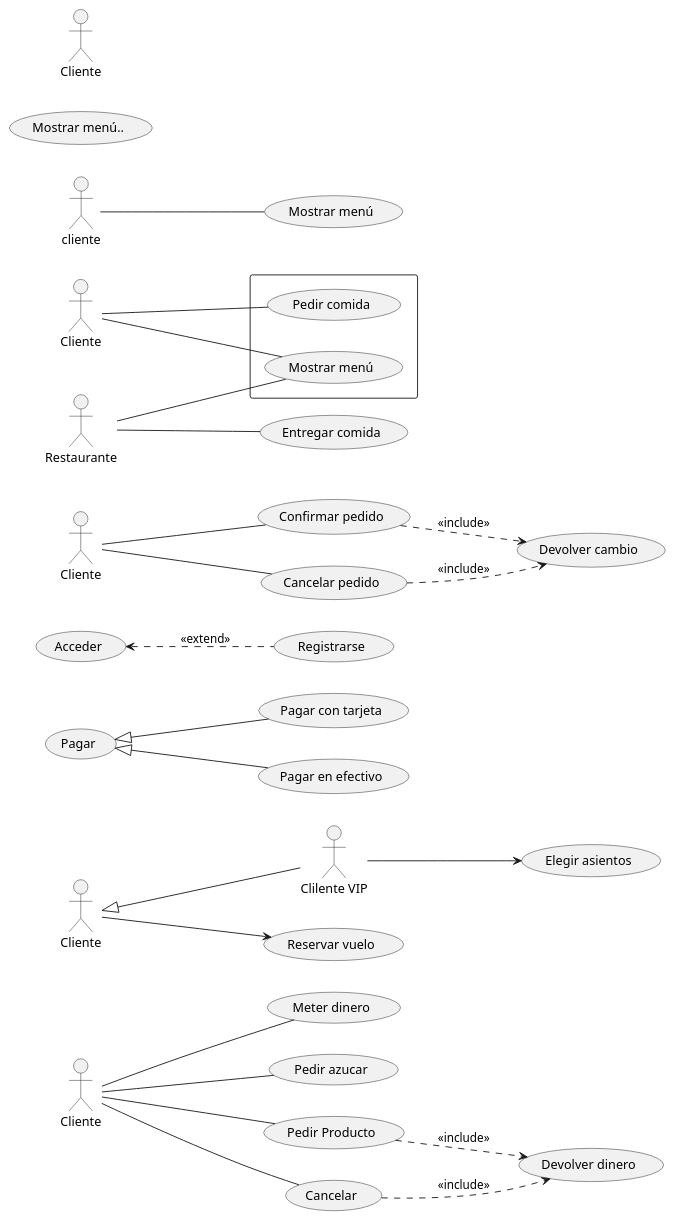
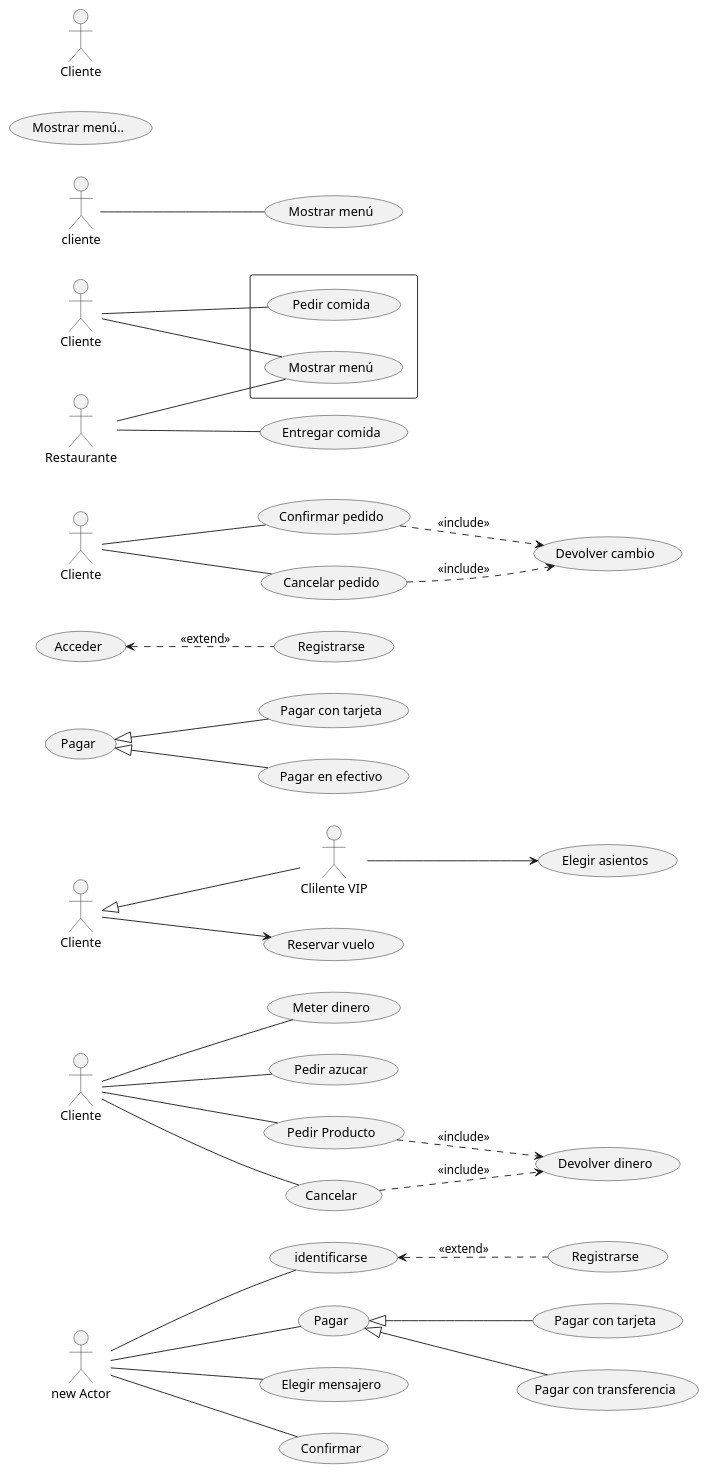
Before and after one commit to JuanmaEDE/UML_casos_de_uso: the diagram in UML_casos_de_uso.puml, drawn with PlantUML.

Commit message:
Realizado tienda de internet

```diff
--- a/UML_casos_de_uso.puml
+++ b/UML_casos_de_uso.puml
@@ -1,62 +1,79 @@
 @startuml
+actor "new Actor" as nA
+usecase "identificarse" as identifi
+usecase "Pagar" as Paga
+usecase "Elegir mensajero" as Em
+usecase "Confirmar" as Con
+usecase "Pagar con tarjeta" as Pgt
+usecase "Registrarse" as Regis
+usecase "Pagar con transferencia" as Ptra
+nA -- identifi
+nA -- Paga
+nA -- Em
+nA -- Con
+identifi <.. Regis : <<extend>>
+Paga <|-- Pgt
+Paga <|-- Ptra
+
+
 actor "Cliente" as clped
 usecase "Meter dinero" as Md
 usecase "Pedir azucar" as az
 usecase "Pedir Producto" as pp
 usecase "Cancelar" as cancel
 usecase "Devolver dinero" as Devd
 clped -- Md
 clped -- az
 clped -- pp
 clped -- cancel
 pp ..> Devd : <<include>>
 cancel ..> Devd : <<include>>
 
 
 actor "Cliente" as clvu
 actor "Clilente VIP" as vip
 clvu <|-- vip
 usecase "Reservar vuelo" as rv
 usecase "Elegir asientos" as asie
 vip --> asie
 clvu --> rv
 
 usecase "Pagar" as pag
 usecase "Pagar con tarjeta" as pagt
 usecase "Pagar en efectivo" as pagoe
  pag <|-- pagt
 pag <|-- pagoe
 
 usecase "Acceder" as acc
 usecase "Registrarse" as reg
 (acc) <.. (reg) : <<extend>>
 
 
 left to right direction
 actor "Cliente" as cl1
 usecase "Confirmar pedido" as cp
 usecase "Cancelar pedido" as cap
 usecase "Devolver cambio" as dc
 cl1 -- cp
 cl1 -- cap
 (cp) ..> (dc) : <<include>>
 (cap) ..> (dc) : <<include>>
 
 left to right direction
 actor "Cliente" as cl
 actor "Restaurante" as re
 rectangle  {
   usecase "Mostrar menú" as UC1
   usecase "Pedir comida" as UC2
 
 }
 usecase "Entregar comida" as UC3
 cl -- UC1
 cl -- UC2
 re -- UC3
 re -- UC1
 
  :cliente: -- (Mostrar menú)
  Usecase uc1 as "Mostrar menú.."
 actor "Cliente" as ctl
 @enduml
```
